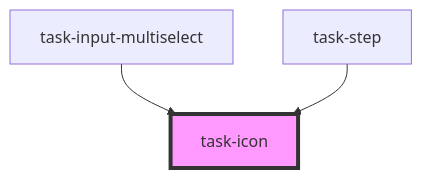
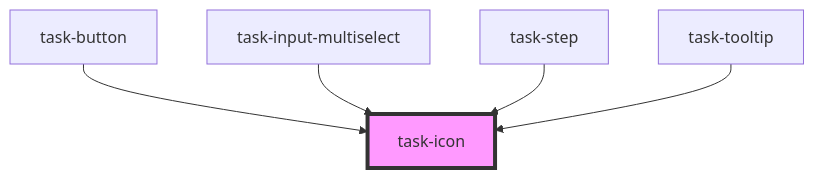
Before and after one commit to dschultz0/task-components: the diagram in src/components/task-icon/readme.md, drawn with Mermaid. The commit also changed other lines of this file and 5 other files, not shown here.

````diff
--- a/src/components/task-icon/readme.md
+++ b/src/components/task-icon/readme.md
@@ -23,6 +26,8 @@
 ```mermaid
 graph TD;
+  task-button --> task-icon
   task-input-multiselect --> task-icon
   task-step --> task-icon
+  task-tooltip --> task-icon
   style task-icon fill:#f9f,stroke:#333,stroke-width:4px
 ```
````
